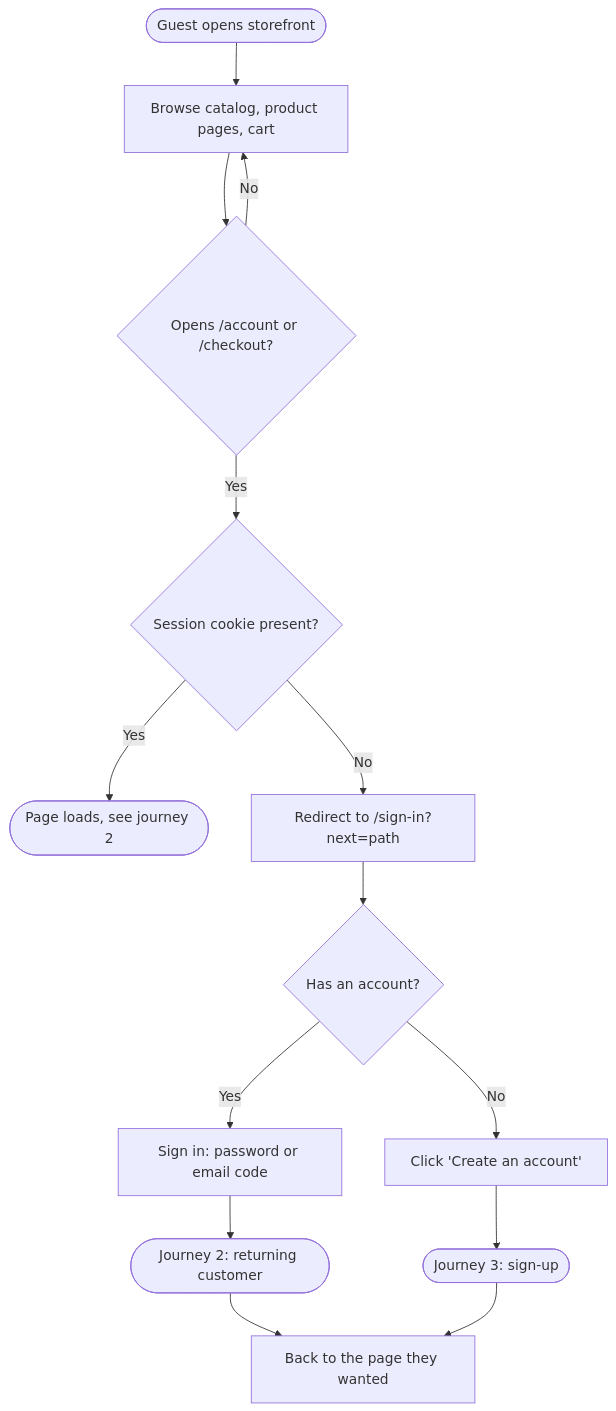
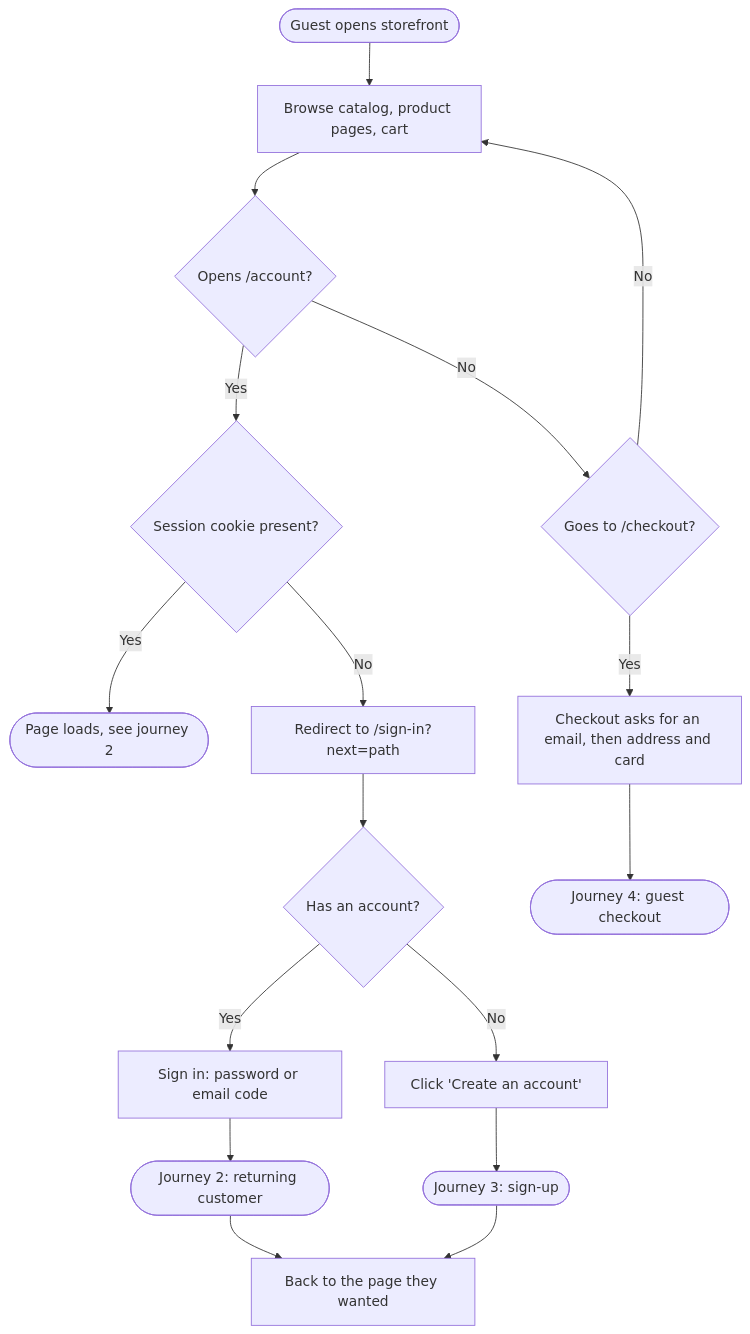
One commit to SaiedWork/plantify changed the first of 3 diagrams in docs/Plantify-Auth-Journeys.md. Above: the diagram before and after it, drawn with Mermaid. The commit also changed other lines of this file and 46 other files, not shown here.

Commit message:
feat: guest checkout with emailed 24h order links, order tracking page and verified-email account claim

````diff
--- a/docs/Plantify-Auth-Journeys.md
+++ b/docs/Plantify-Auth-Journeys.md
@@ -9,16 +9,19 @@
 ```mermaid
 flowchart TD
   A([Guest opens storefront]) --> B[Browse catalog, product pages, cart]
-  B --> C{Opens /account or /checkout?}
-  C -- No --> B
+  B --> C{Opens /account?}
+  C -- No --> B2{Goes to /checkout?}
   C -- Yes --> D{Session cookie present?}
   D -- Yes --> Z([Page loads, see journey 2])
   D -- No --> E["Redirect to /sign-in?next=path"]
   E --> F{Has an account?}
   F -- Yes --> G[Sign in: password or email code]
   F -- No --> H["Click 'Create an account'"]
   G --> I([Journey 2: returning customer])
   H --> J([Journey 3: sign-up])
   I --> K[Back to the page they wanted]
   J --> K
+  B2 -- No --> B
+  B2 -- Yes --> L[Checkout asks for an email, then address and card]
+  L --> M([Journey 4: guest checkout])
 ```
````
